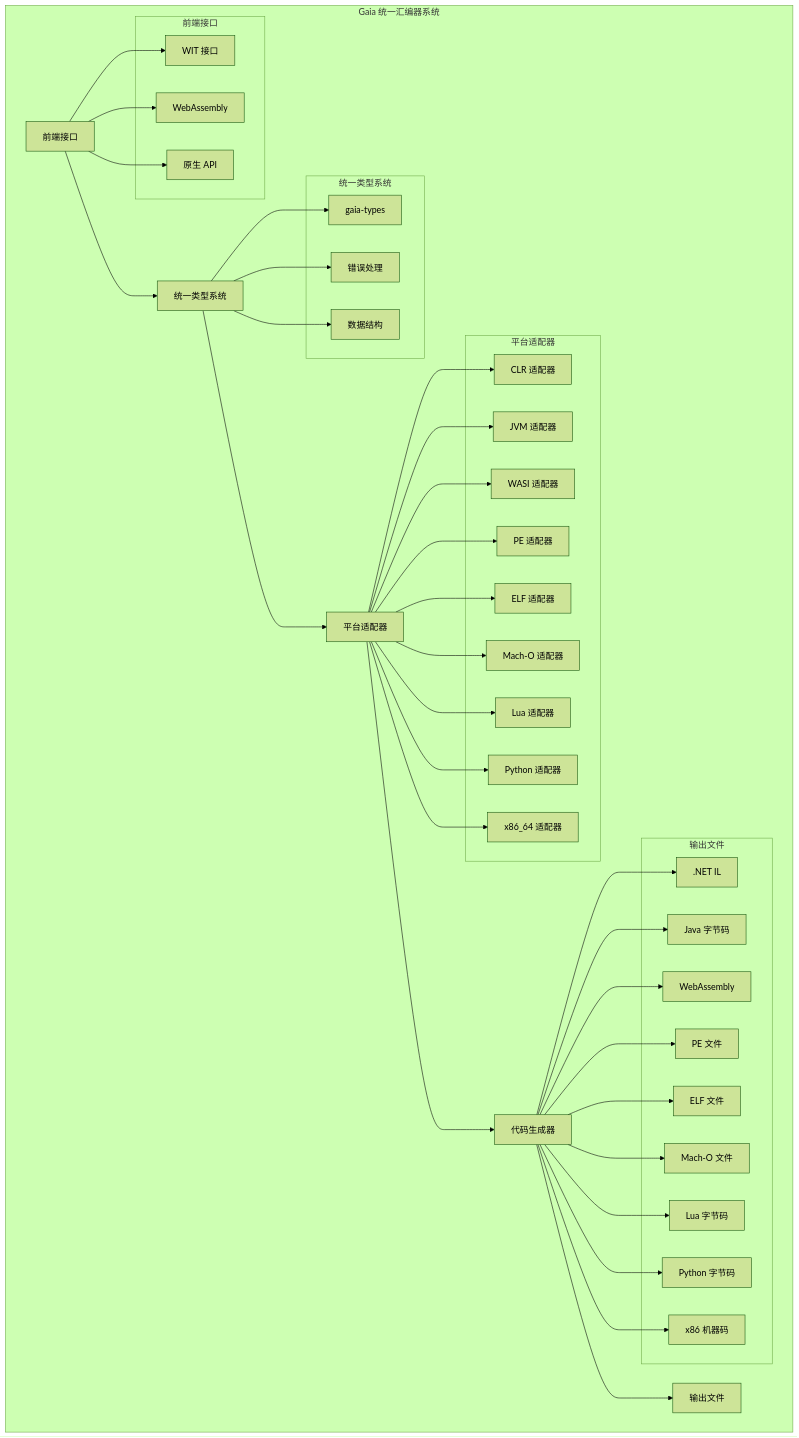
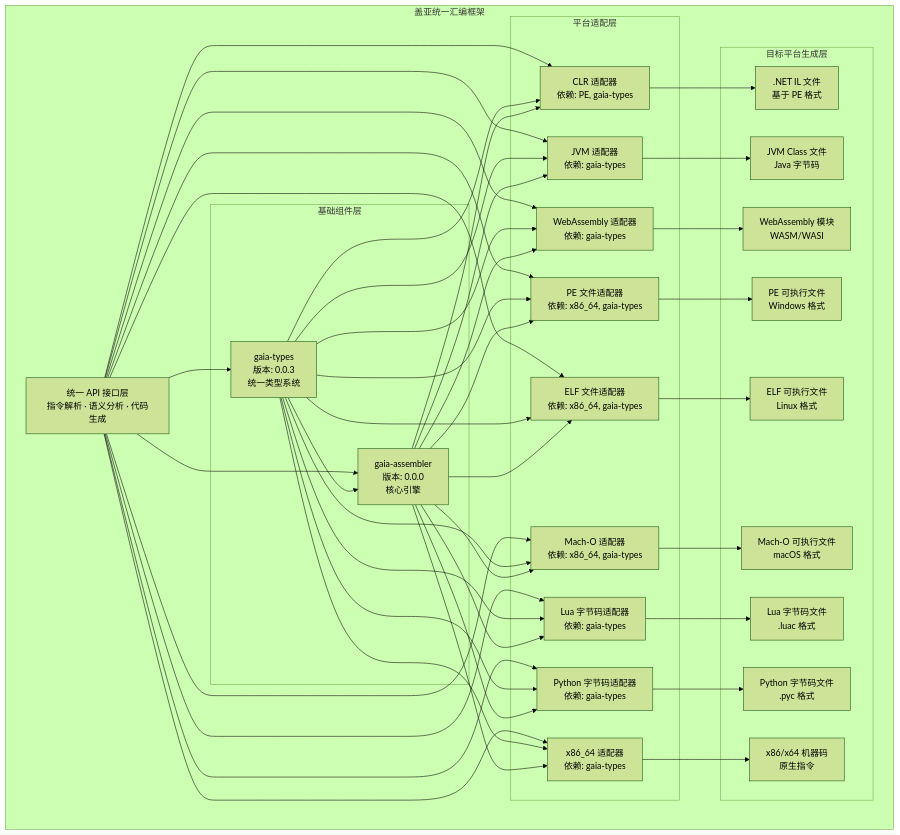
One commit to nyar-vm/project-gaia changed the first of 7 diagrams in readme.md. Above: the diagram before and after it, drawn with Mermaid (forest theme). The commit also changed 2 other files, not shown here.

Commit message:
优化

````diff
--- a/readme.md
+++ b/readme.md
@@ -34,70 +34,78 @@
 ```mermaid
 graph TB
-    subgraph "Gaia 统一汇编器系统"
-        A[前端接口] --> B[统一类型系统]
-        B --> C[平台适配器]
-        C --> D[代码生成器]
-        D --> E[输出文件]
+    subgraph "盖亚统一汇编框架"
+        A[统一 API 接口层<br/>指令解析 · 语义分析 · 代码生成]
         
-        subgraph "前端接口"
-            F[WIT 接口]
-            G[WebAssembly]
-            H[原生 API]
+        subgraph "平台适配层"
+            B[CLR 适配器<br/>依赖: PE, gaia-types]
+            C[JVM 适配器<br/>依赖: gaia-types]
+            D[WebAssembly 适配器<br/>依赖: gaia-types]
+            E[PE 文件适配器<br/>依赖: x86_64, gaia-types]
+            K[ELF 文件适配器<br/>依赖: x86_64, gaia-types]
+            L[Mach-O 适配器<br/>依赖: x86_64, gaia-types]
+            M[Lua 字节码适配器<br/>依赖: gaia-types]
+            N[Python 字节码适配器<br/>依赖: gaia-types]
+            O[x86_64 适配器<br/>依赖: gaia-types]
         end
         
-        subgraph "统一类型系统"
-            I[gaia-types]
-            J[错误处理]
-            K[数据结构]
+        subgraph "目标平台生成层"
+            F[.NET IL 文件<br/>基于 PE 格式]
+            G[JVM Class 文件<br/>Java 字节码]
+            H[WebAssembly 模块<br/>WASM/WASI]
+            I[PE 可执行文件<br/>Windows 格式]
+            P[ELF 可执行文件<br/>Linux 格式]
+            Q[Mach-O 可执行文件<br/>macOS 格式]
+            R[Lua 字节码文件<br/>.luac 格式]
+            S[Python 字节码文件<br/>.pyc 格式]
+            T[x86/x64 机器码<br/>原生指令]
         end
         
-        subgraph "平台适配器"
-            L[CLR 适配器]
-            M[JVM 适配器]
-            N[WASI 适配器]
-            O[PE 适配器]
-            P1[ELF 适配器]
-            Q1[Mach-O 适配器]
-            R1[Lua 适配器]
-            S1[Python 适配器]
-            T1[x86_64 适配器]
+        subgraph "基础组件层"
+            U[gaia-types<br/>版本: 0.0.3<br/>统一类型系统]
+            V[gaia-assembler<br/>版本: 0.0.0<br/>核心引擎]
         end
         
-        subgraph "输出文件"
-            P[.NET IL]
-            Q[Java 字节码]
-            R[WebAssembly]
-            S[PE 文件]
-            T[ELF 文件]
-            U[Mach-O 文件]
-            V[Lua 字节码]
-            W[Python 字节码]
-            X[x86 机器码]
-        end
+        A --> B
+        A --> C
+        A --> D
+        A --> E
+        A --> K
+        A --> L
+        A --> M
+        A --> N
+        A --> O
+        A --> U
+        A --> V
         
-        A --> F
-        A --> G
-        A --> H
-        B --> I
-        B --> J
-        B --> K
-        C --> L
-        C --> M
-        C --> N
-        C --> O
-        C --> P1
-        C --> Q1
-        C --> R1
-        C --> S1
-        C --> T1
-        D --> P
-        D --> Q
-        D --> R
-        D --> S
-        D --> T
-        D --> U
-        D --> V
-        D --> W
-        D --> X
+        B --> F
+        C --> G
+        D --> H
+        E --> I
+        K --> P
+        L --> Q
+        M --> R
+        N --> S
+        O --> T
+        
+        U --> B
+        U --> C
+        U --> D
+        U --> E
+        U --> K
+        U --> L
+        U --> M
+        U --> N
+        U --> O
+        U --> V
+        
+        V --> B
+        V --> C
+        V --> D
+        V --> E
+        V --> K
+        V --> L
+        V --> M
+        V --> N
+        V --> O
     end
 ```
````
